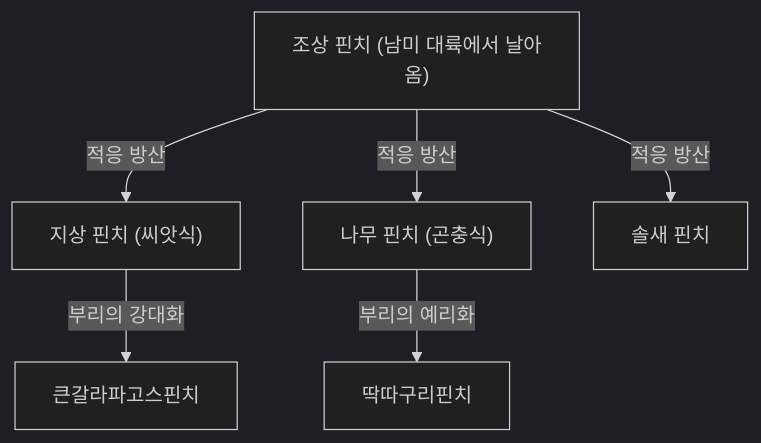
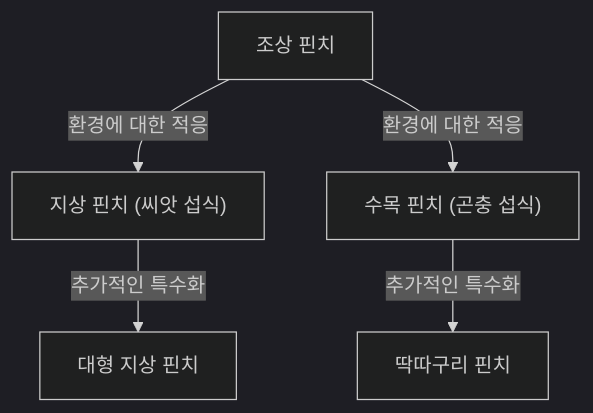
The diagram in content/post/darwins-theory-of-evolution/index.ko.md (kenjinote/blog), drawn with Mermaid (dark theme) before and after one commit. The commit also changed other lines of this file and 129 other files, not shown here.

````diff
--- a/content/post/darwins-theory-of-evolution/index.ko.md
+++ b/content/post/darwins-theory-of-evolution/index.ko.md
@@ -25,9 +27,7 @@
 ```mermaid
 graph TD
-    A["조상 핀치 (남미 대륙에서 날아옴)"]
-    A -- "적응 방산" --> B["지상 핀치 (씨앗식)"]
-    A -- "적응 방산" --> C["나무 핀치 (곤충식)"]
-    A -- "적응 방산" --> D["솔새 핀치"]
-    B -- "부리의 강대화" --> B1["큰갈라파고스핀치"]
-    C -- "부리의 예리화" --> C1["딱따구리핀치"]
+    A["조상 핀치"] -- "환경에 대한 적응" --> B["지상 핀치 (씨앗 섭식)"]
+    A["조상 핀치"] -- "환경에 대한 적응" --> C["수목 핀치 (곤충 섭식)"]
+    B["지상 핀치 (씨앗 섭식)"] -- "추가적인 특수화" --> D["대형 지상 핀치"]
+    C["수목 핀치 (곤충 섭식)"] -- "추가적인 특수화" --> E["딱따구리 핀치"]
 ```
````
